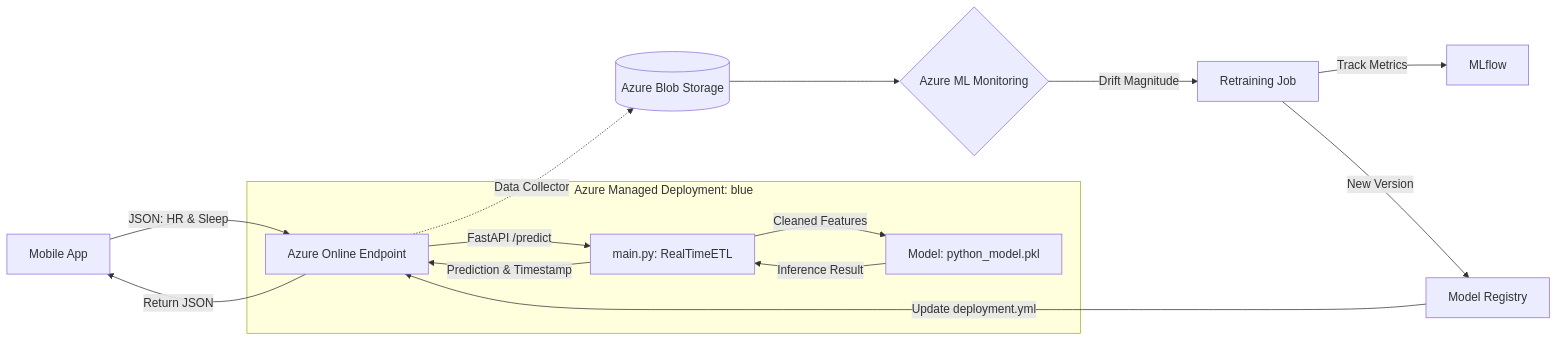
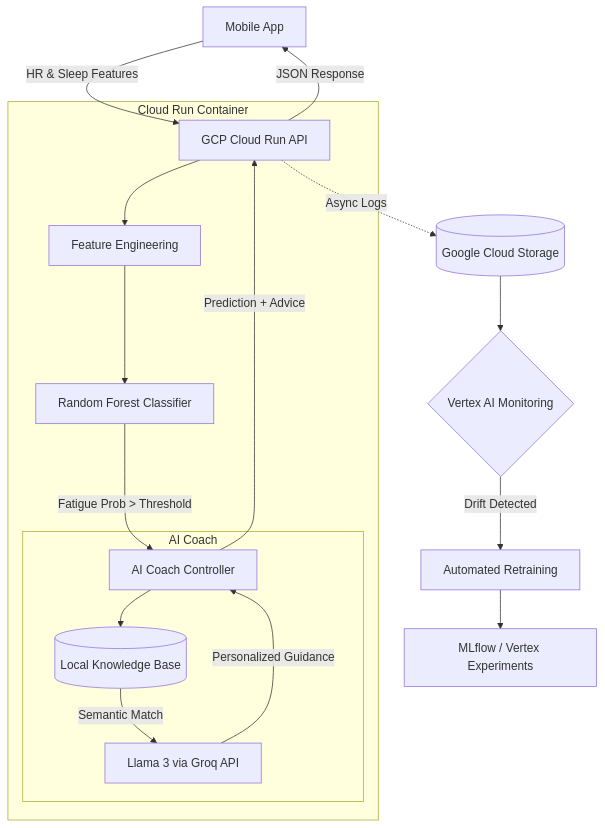
One commit to ShihChingYu/fatigue_prediction changed the diagram in README.md. Above: the diagram before and after it, drawn with Mermaid. The commit also changed other lines of this file and 17 other files, not shown here.

````diff
--- a/README.md
+++ b/README.md
@@ -4,25 +9,27 @@
 ```mermaid
-graph LR
-    A[Mobile App] -->|JSON: HR & Sleep| B[Azure Online Endpoint]
+graph TD
+    A[Mobile App] -->|HR & Sleep Features| B[GCP Cloud Run API]
 
-    subgraph Managed Online Deployment [Azure Managed Deployment: blue]
-        B -->|FastAPI /predict| M[main.py: RealTimeETL]
-        M -->|Cleaned Features| P[Model: python_model.pkl]
-        P -->|Inference Result| M
+    subgraph Unified Inference Service [Cloud Run Container]
+        B --> C[Feature Engineering]
+        C --> D[Random Forest Classifier]
+
+        D -->|Fatigue Prob > Threshold| E[AI Coach Controller]
+
+        subgraph AI Coach
+            E --> F[(Local Knowledge Base)]
+            F -->|Semantic Match| G[Llama 3 via Groq API]
+            G -->|Personalized Guidance| E
+        end
     end
 
-    M -->|Prediction & Timestamp| B
-    B -->|Return JSON| A
+    E -->|Prediction + Advice| B
+    B -->|JSON Response| A
 
-    %% Automated Data Collection
-    B -.->|Data Collector| D[(Azure Blob Storage)]
+    %% MLOps Loop
+    B -.->|Async Logs| H[(Google Cloud Storage)]
+    H --> I{Vertex AI Monitoring}
+    I -->|Drift Detected| J[Automated Retraining]
+    J --> K[MLflow / Vertex Experiments]
 
-    %% Monitoring & MLOps Loop
-    D --> E{Azure ML Monitoring}
-    E -->|Drift Magnitude| F[Retraining Job]
-
-    F -->|Track Metrics| G[MLflow]
-    F -->|New Version| H[Model Registry]
-
-    H -->|Update deployment.yml| B
 ```
````
